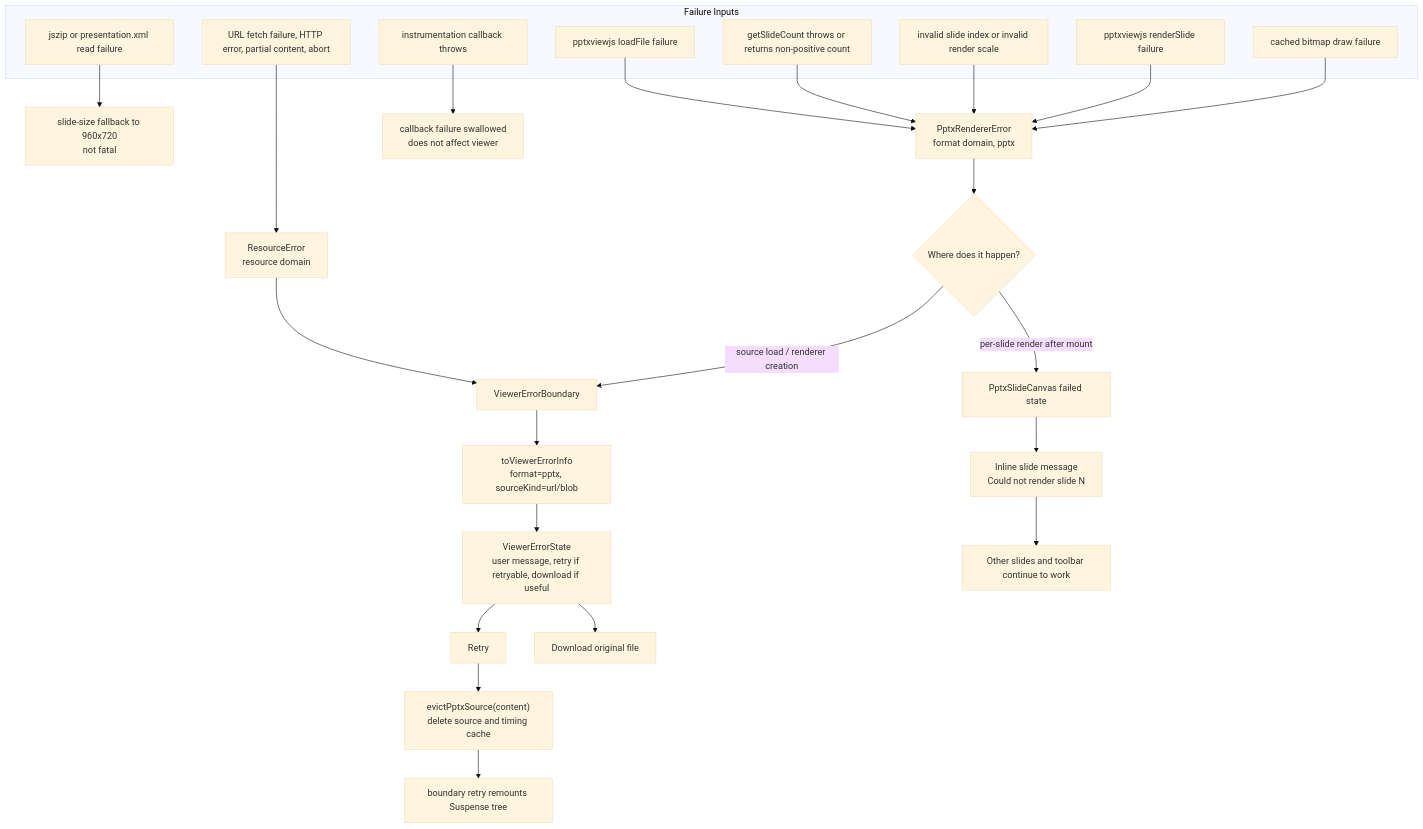
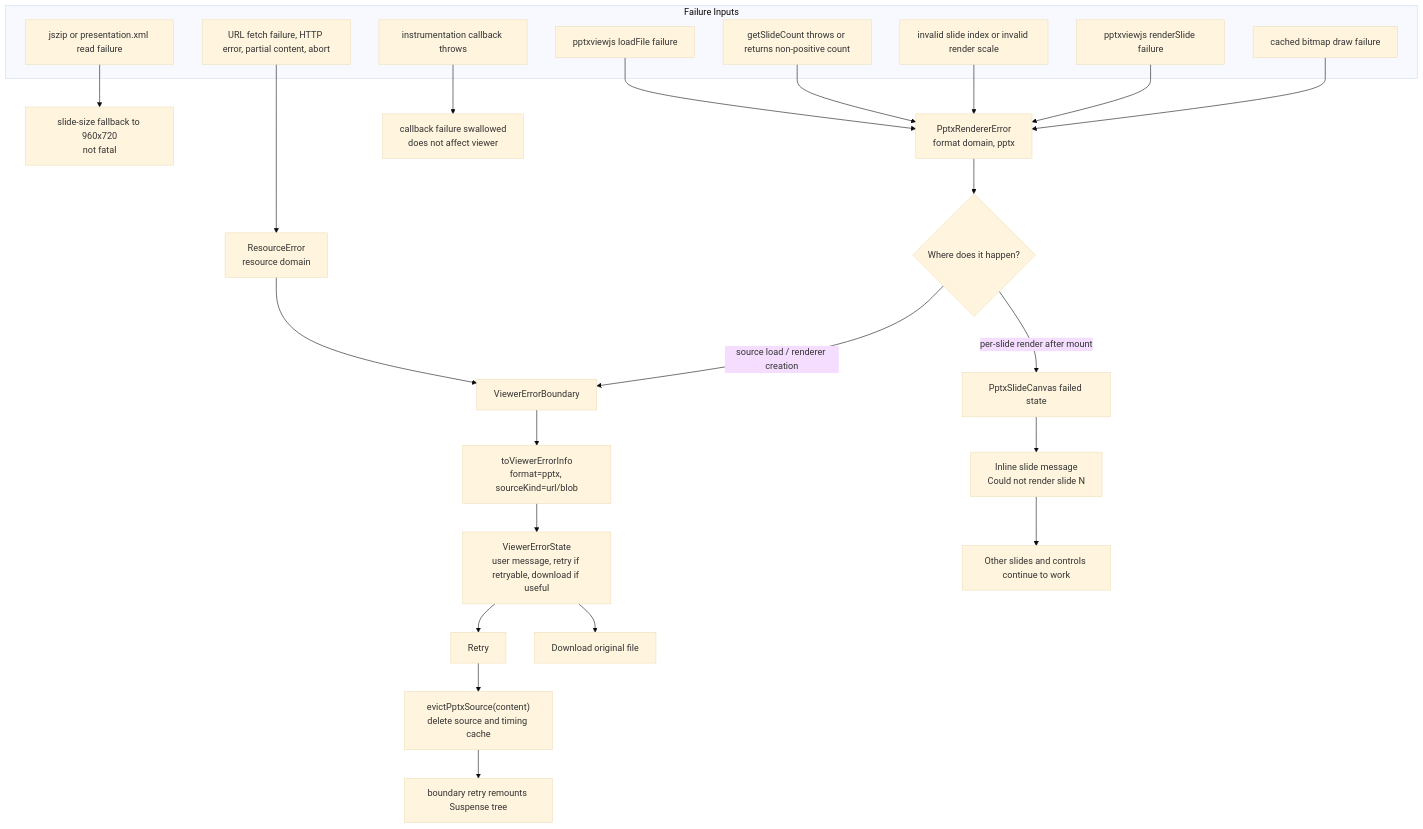
One commit to retab-dev/retab-ui changed the fifth of 6 diagrams in components/viewers/PPTX_VIEWER_SYSTEM_DIAGRAM.md. Above: the diagram before and after it, drawn with Mermaid (base theme). The commit also changed other lines of this file and 225 other files, not shown here.

Commit message:
update viewer controls

````diff
--- a/components/viewers/PPTX_VIEWER_SYSTEM_DIAGRAM.md
+++ b/components/viewers/PPTX_VIEWER_SYSTEM_DIAGRAM.md
@@ -386,37 +386,37 @@
 ```mermaid
 flowchart TB
   subgraph FailureInputs["Failure Inputs"]
     FetchFail["URL fetch failure, HTTP error, partial content, abort"]
     ZipFail["jszip or presentation.xml read failure"]
     LoadFail["pptxviewjs loadFile failure"]
     InspectFail["getSlideCount throws or returns non-positive count"]
     BoundsFail["invalid slide index or invalid render scale"]
     RenderFail["pptxviewjs renderSlide failure"]
     CacheDrawFail["cached bitmap draw failure"]
     CallbackFail["instrumentation callback throws"]
   end
 
   FetchFail --> ResourceError["ResourceError<br/>resource domain"]
   ZipFail --> DefaultSize["slide-size fallback to 960x720<br/>not fatal"]
   LoadFail --> PptxError["PptxRendererError<br/>format domain, pptx"]
   InspectFail --> PptxError
   BoundsFail --> PptxError
   RenderFail --> PptxError
   CacheDrawFail --> PptxError
   CallbackFail --> Swallowed["callback failure swallowed<br/>does not affect viewer"]
 
   PptxError --> BoundaryChoice{"Where does it happen?"}
   ResourceError --> Boundary["ViewerErrorBoundary"]
   BoundaryChoice -->|"source load / renderer creation"| Boundary
   BoundaryChoice -->|"per-slide render after mount"| SlideState["PptxSlideCanvas failed state"]
 
   Boundary --> ErrorInfo["toViewerErrorInfo<br/>format=pptx, sourceKind=url/blob"]
   ErrorInfo --> ErrorCard["ViewerErrorState<br/>user message, retry if retryable, download if useful"]
   ErrorCard --> Retry["Retry"]
   Retry --> Evict["evictPptxSource(content)<br/>delete source and timing cache"]
   Evict --> Reload["boundary retry remounts Suspense tree"]
   ErrorCard --> Download["Download original file"]
 
   SlideState --> InlineSlideError["Inline slide message<br/>Could not render slide N"]
-  InlineSlideError --> ViewerContinues["Other slides and toolbar continue to work"]
+  InlineSlideError --> ViewerContinues["Other slides and controls continue to work"]
 ```
````
